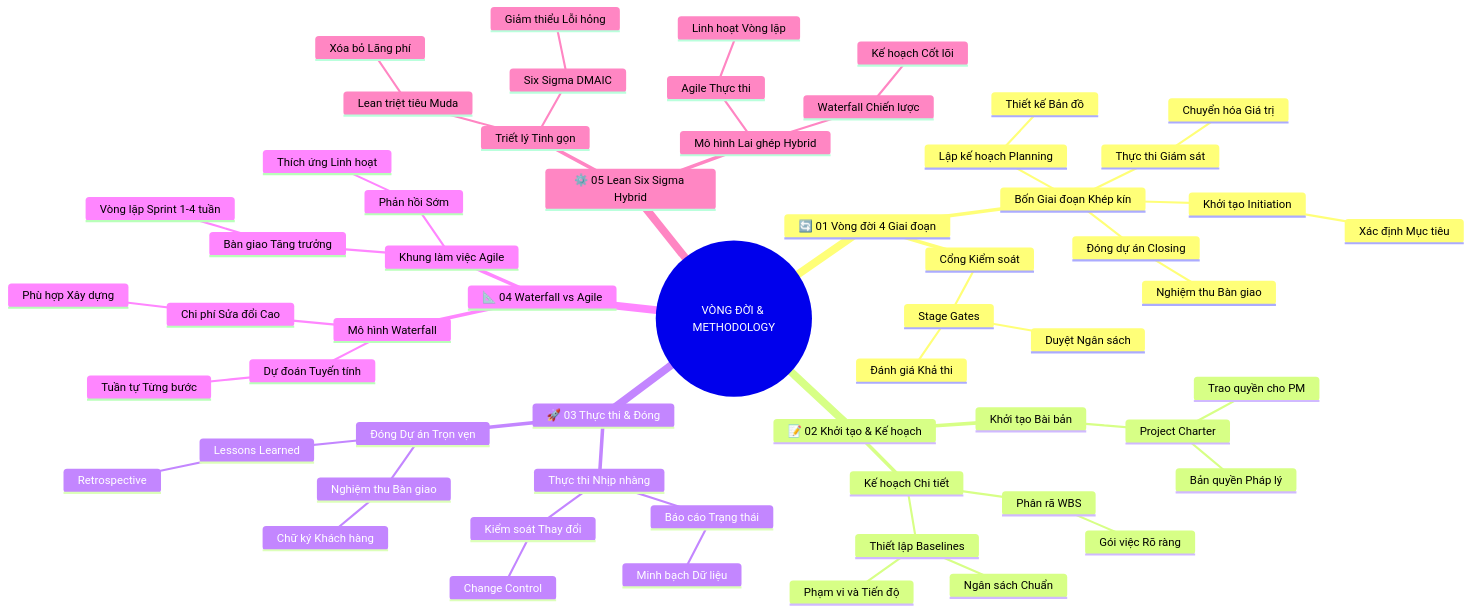
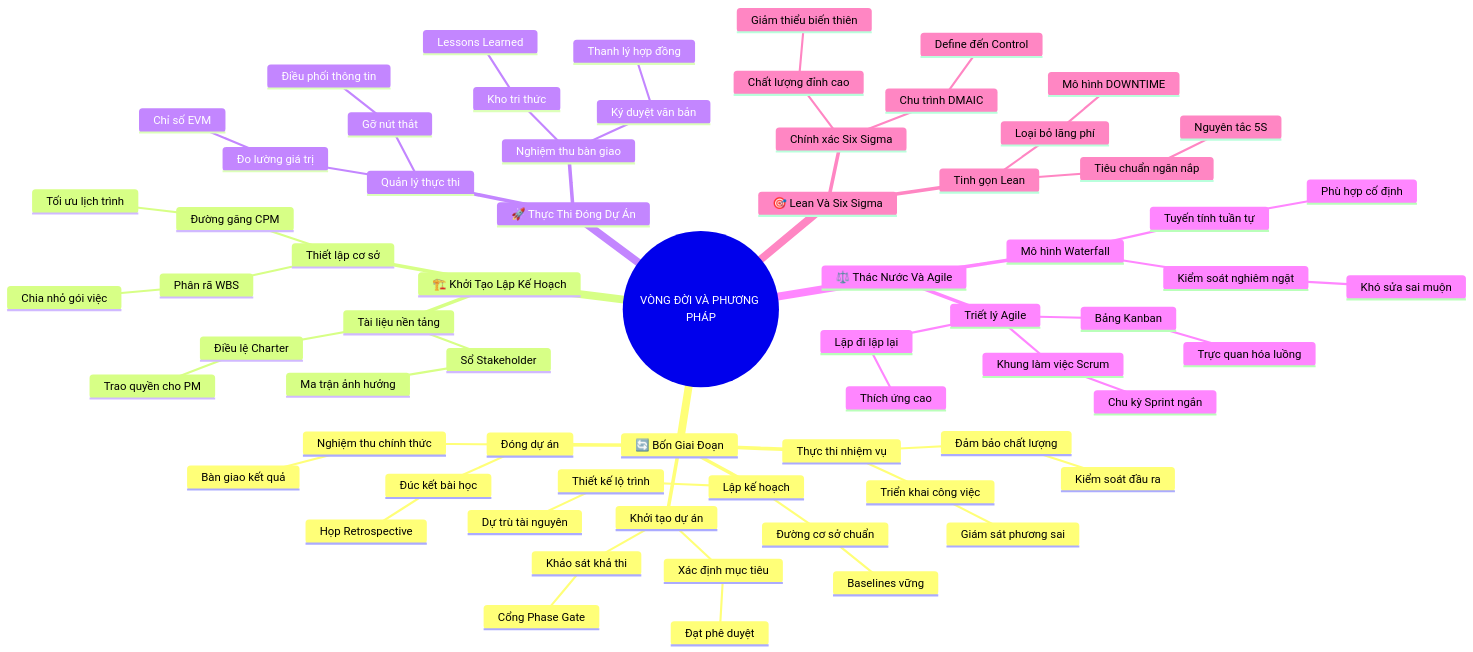
The diagram in Kich-ban-clipchamp/Google-Project-Management-Coursera/03-Project-Life-Cycle-and-Methodologies/summary.md (tibe2109/audio-book-refactor), drawn with Mermaid before and after one commit. The commit also changed other lines of this file and 680 other files, not shown here.

````diff
--- a/Kich-ban-clipchamp/Google-Project-Management-Coursera/03-Project-Life-Cycle-and-Methodologies/summary.md
+++ b/Kich-ban-clipchamp/Google-Project-Management-Coursera/03-Project-Life-Cycle-and-Methodologies/summary.md
@@ -157,62 +159,71 @@
 ```mermaid
 mindmap
-  root((VÒNG ĐỜI & METHODOLOGY))
-    🔄 01 Vòng đời 4 Giai đoạn
-      Bốn Giai đoạn Khép kín
-        Khởi tạo Initiation
-          Xác định Mục tiêu
-        Lập kế hoạch Planning
-          Thiết kế Bản đồ
-        Thực thi Giám sát
-          Chuyển hóa Giá trị
-        Đóng dự án Closing
-          Nghiệm thu Bàn giao
-      Cổng Kiểm soát
-        Stage Gates
-          Đánh giá Khả thi
-          Duyệt Ngân sách
-    📝 02 Khởi tạo & Kế hoạch
-      Khởi tạo Bài bản
-        Project Charter
-          Bản quyền Pháp lý
+  root((VÒNG ĐỜI VÀ PHƯƠNG PHÁP))
+    🔄 Bốn Giai Đoạn
+      Khởi tạo dự án
+        Xác định mục tiêu
+          Đạt phê duyệt
+        Khảo sát khả thi
+          Cổng Phase Gate
+      Lập kế hoạch
+        Thiết kế lộ trình
+          Dự trù tài nguyên
+        Đường cơ sở chuẩn
+          Baselines vững
+      Thực thi nhiệm vụ
+        Triển khai công việc
+          Giám sát phương sai
+        Đảm bảo chất lượng
+          Kiểm soát đầu ra
+      Đóng dự án
+        Nghiệm thu chính thức
+          Bàn giao kết quả
+        Đúc kết bài học
+          Họp Retrospective
+    🏗️ Khởi Tạo Lập Kế Hoạch
+      Tài liệu nền tảng
+        Điều lệ Charter
           Trao quyền cho PM
-      Kế hoạch Chi tiết
+        Sổ Stakeholder
+          Ma trận ảnh hưởng
+      Thiết lập cơ sở
         Phân rã WBS
-          Gói việc Rõ ràng
-        Thiết lập Baselines
-          Phạm vi và Tiến độ
-          Ngân sách Chuẩn
-    🚀 03 Thực thi & Đóng
-      Thực thi Nhịp nhàng
-        Báo cáo Trạng thái
-          Minh bạch Dữ liệu
-        Kiểm soát Thay đổi
-          Change Control
-      Đóng Dự án Trọn vẹn
-        Nghiệm thu Bàn giao
-          Chữ ký Khách hàng
-        Lessons Learned
-          Retrospective
-    📐 04 Waterfall vs Agile
+          Chia nhỏ gói việc
+        Đường găng CPM
+          Tối ưu lịch trình
+    🚀 Thực Thi Đóng Dự Án
+      Quản lý thực thi
+        Đo lường giá trị
+          Chỉ số EVM
+        Gỡ nút thắt
+          Điều phối thông tin
+      Nghiệm thu bàn giao
+        Ký duyệt văn bản
+          Thanh lý hợp đồng
+        Kho tri thức
+          Lessons Learned
+    ⚖️ Thác Nước Và Agile
       Mô hình Waterfall
-        Dự đoán Tuyến tính
-          Tuần tự Từng bước
-        Chi phí Sửa đổi Cao
-          Phù hợp Xây dựng
-      Khung làm việc Agile
-        Bàn giao Tăng trưởng
-          Vòng lặp Sprint 1-4 tuần
-        Phản hồi Sớm
-          Thích ứng Linh hoạt
-    ⚙️ 05 Lean Six Sigma Hybrid
-      Triết lý Tinh gọn
-        Lean triệt tiêu Muda
-          Xóa bỏ Lãng phí
-        Six Sigma DMAIC
-          Giảm thiểu Lỗi hỏng
-      Mô hình Lai ghép Hybrid
-        Waterfall Chiến lược
-          Kế hoạch Cốt lõi
-        Agile Thực thi
-          Linh hoạt Vòng lặp
+        Tuyến tính tuần tự
+          Phù hợp cố định
+        Kiểm soát nghiêm ngặt
+          Khó sửa sai muộn
+      Triết lý Agile
+        Lặp đi lặp lại
+          Thích ứng cao
+        Khung làm việc Scrum
+          Chu kỳ Sprint ngắn
+        Bảng Kanban
+          Trực quan hóa luồng
+    🎯 Lean Và Six Sigma
+      Tinh gọn Lean
+        Loại bỏ lãng phí
+          Mô hình DOWNTIME
+        Tiêu chuẩn ngăn nắp
+          Nguyên tắc 5S
+      Chính xác Six Sigma
+        Chu trình DMAIC
+          Define đến Control
+        Chất lượng đỉnh cao
+          Giảm thiểu biến thiên
 ```
````
